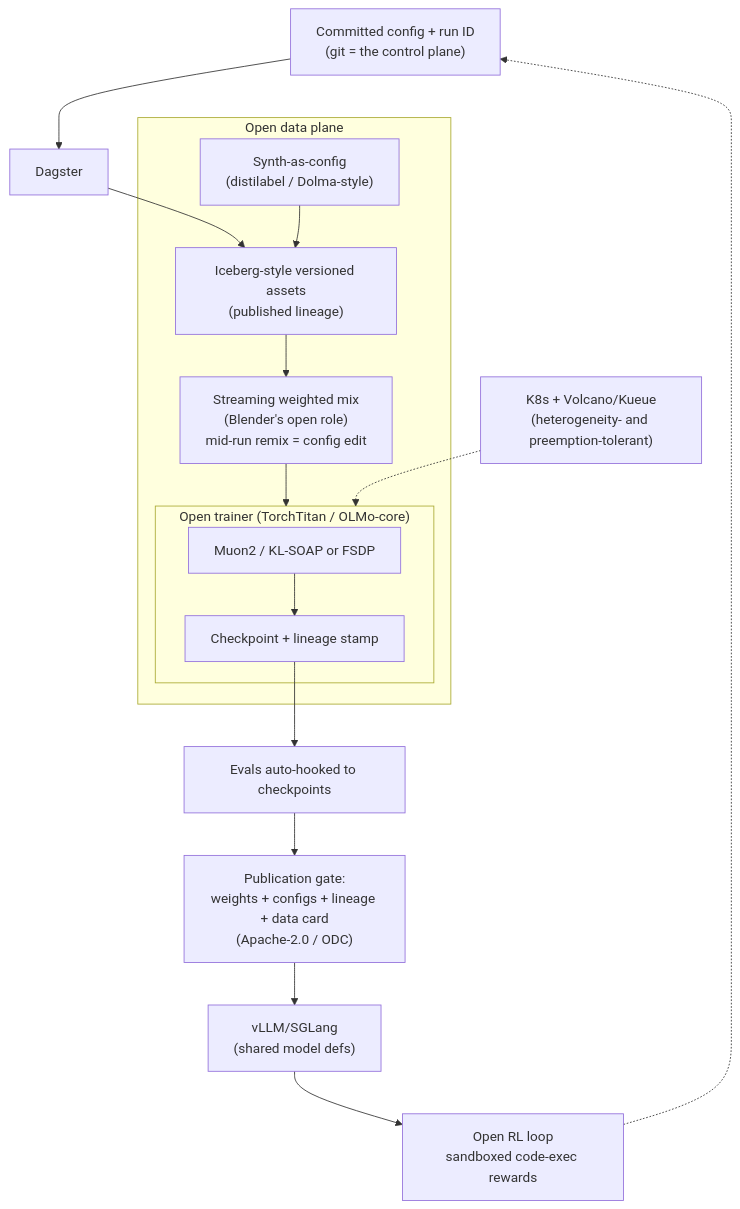
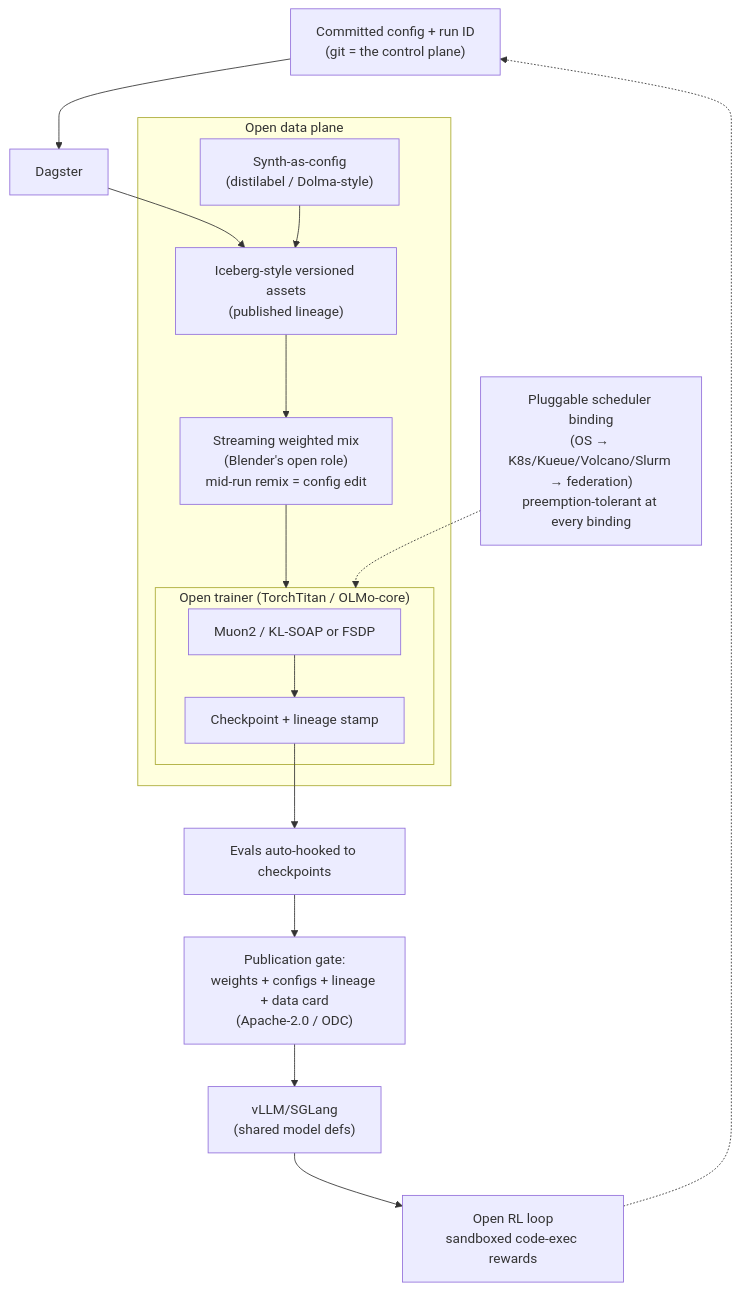
The diagram in docs/open-model-factory.md (j8ckfi/library), drawn with Mermaid before and after one commit. The commit also changed other lines of this file, not shown here.

````diff
--- a/docs/open-model-factory.md
+++ b/docs/open-model-factory.md
@@ -69,19 +78,19 @@
 ```mermaid
 flowchart TD
     CFG["Committed config + run ID<br/>(git = the control plane)"] --> DAG
     DAG["Dagster"] --> LAKE
     subgraph DATA["Open data plane"]
         LAKE["Iceberg-style versioned assets<br/>(published lineage)"] --> MIX
         SYNTH["Synth-as-config<br/>(distilabel / Dolma-style)"] --> LAKE
         MIX["Streaming weighted mix<br/>(Blender's open role)<br/>mid-run remix = config edit"] --> TRAIN
     end
     subgraph TRAIN["Open trainer (TorchTitan / OLMo-core)"]
         TR["Muon2 / KL-SOAP or FSDP"] --> CKPT["Checkpoint + lineage stamp"]
     end
     CKPT --> EVAL["Evals auto-hooked to checkpoints"]
     EVAL --> PUB["Publication gate:<br/>weights + configs + lineage + data card<br/>(Apache-2.0 / ODC)"]
     PUB --> SERVE["vLLM/SGLang<br/>(shared model defs)"]
     SERVE --> RL["Open RL loop<br/>sandboxed code-exec rewards"]
     RL -.-> CFG
-    SCH["K8s + Volcano/Kueue<br/>(heterogeneity- and preemption-tolerant)"] -.-> TRAIN
+    SCH["Pluggable scheduler binding<br/>(OS → K8s/Kueue/Volcano/Slurm → federation)<br/>preemption-tolerant at every binding"] -.-> TRAIN
 ```
````
